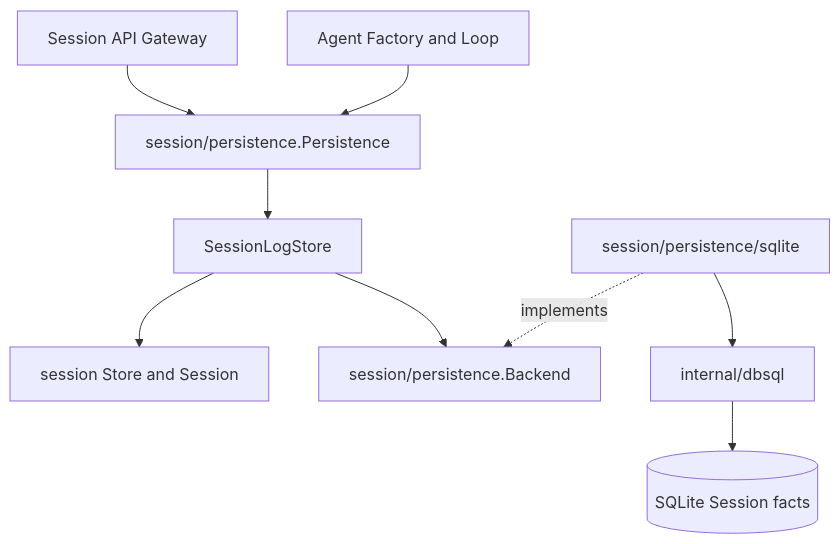
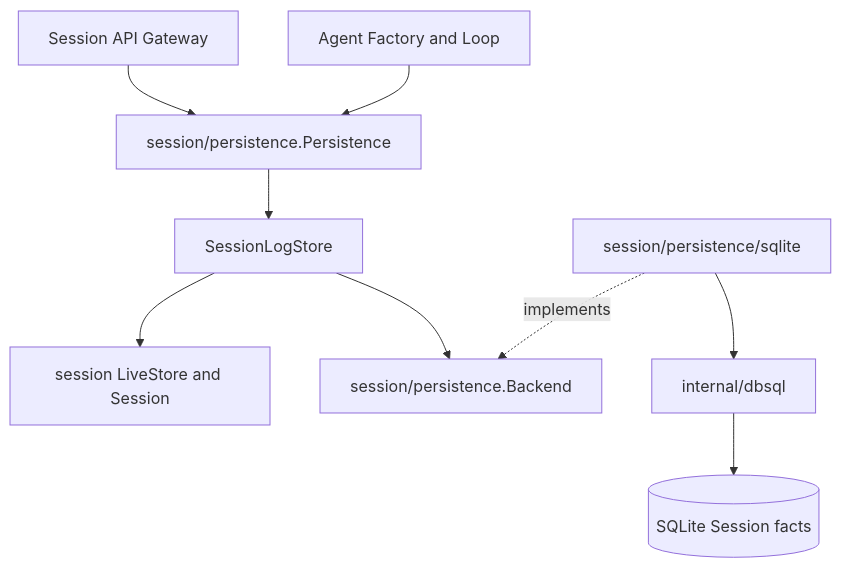
Before and after one commit to gorenx/goren: the first of 3 diagrams in zh-CN/19-session-persistence-and-sqlite.md, drawn with Mermaid. The commit also changed other lines of this file and 27 other files, not shown here.

````diff
--- a/zh-CN/19-session-persistence-and-sqlite.md
+++ b/zh-CN/19-session-persistence-and-sqlite.md
@@ -25,11 +25,11 @@
 ```mermaid
 flowchart TD
     API[Session API Gateway] --> P[session/persistence.Persistence]
     LOOP[Agent Factory and Loop] --> P
     P --> LOG[SessionLogStore]
-    LOG --> CORE[session Store and Session]
+    LOG --> CORE[session LiveStore and Session]
     LOG --> PORT[session/persistence.Backend]
     SQLITE[session/persistence/sqlite] -. implements .-> PORT
     SQLITE --> SQLC[internal/dbsql]
     SQLC --> DB[(SQLite Session facts)]
 ```
````
